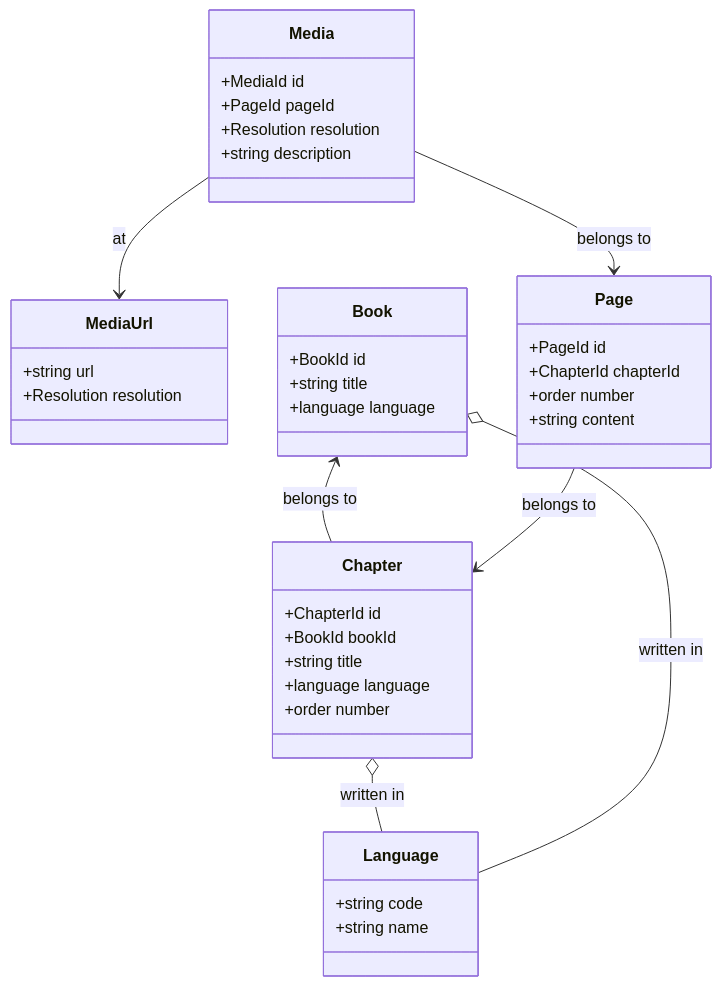
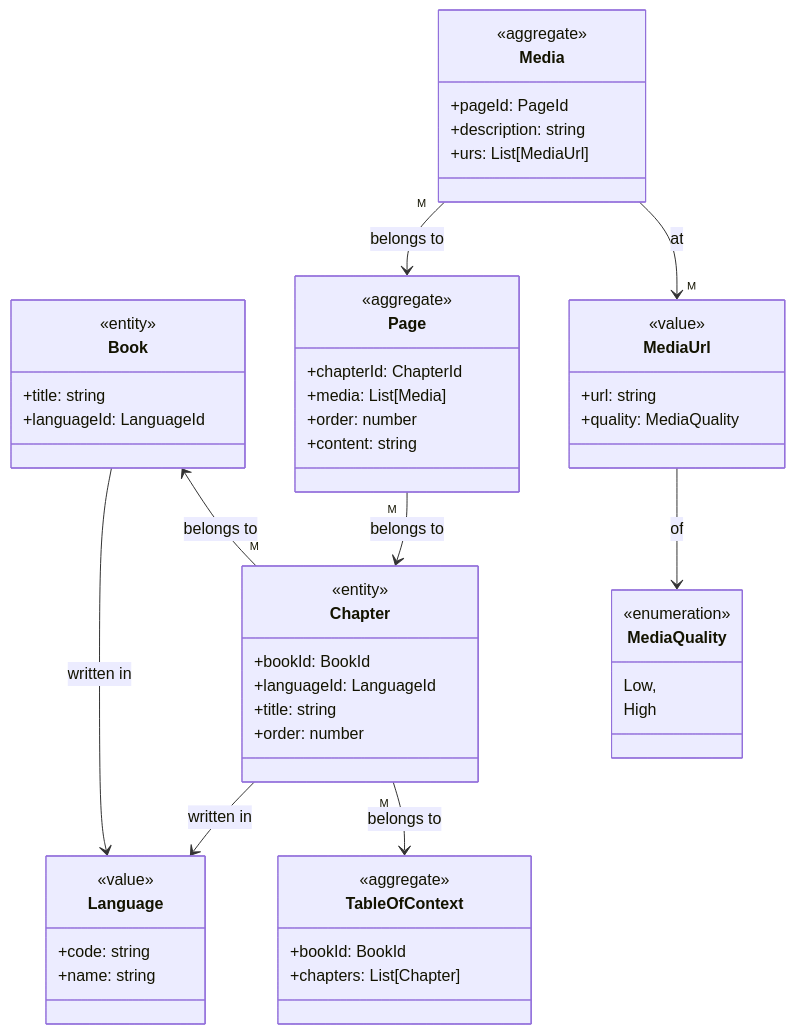
Before and after one commit to akdasa-studios/bcs-books: the diagram in docs/models.md, drawn with Mermaid.

Commit message:
docs: models
+ updated class diagram
+ added TableOfContext aggregate
+ added MediaQuality value

````diff
--- a/docs/models.md
+++ b/docs/models.md
@@ -3,48 +3,65 @@
 ```mermaid
 classDiagram
 
 class Language {
-    +string code
-    +string name
+    <<value>>
+    +code: string
+    +name: string
+}
+
+class Chapter {
+    <<entity>>
+    +bookId: BookId
+    +languageId: LanguageId
+    +title: string
+    +order: number
+}
+
+class Book {
+    <<entity>>
+    +title: string
+    +languageId: LanguageId
+}
+
+class Page {
+    <<aggregate>>
+    +chapterId: ChapterId
+    +media: List[Media]
+    +order: number
+    +content: string
+}
+
+class TableOfContext {
+    <<aggregate>>
+    +bookId: BookId
+    +chapters: List[Chapter]
 }
 
 class MediaUrl {
-    +string url
-    +Resolution resolution
-}
-
-class Chapter {
-    +ChapterId id
-    +BookId bookId
-    +string title
-    +language language
-    +order number
-}
-
-class Book {
-    +BookId id
-    +string title
-    +language language
-}
-
-class Page {
-    +PageId id
-    +ChapterId chapterId
-    +order number
-    +string content
+    <<value>>
+    +url: string
+    +quality: MediaQuality
 }
 
 class Media {
-    +MediaId id
-    +PageId pageId
-    +Resolution resolution
-    +string description
+    <<aggregate>>
+    +pageId: PageId
+    +description: string
+    +urs: List[MediaUrl]
 }
 
-Chapter o-- Language : written in
-Book o-- Language : written in
-Book <-- Chapter : belongs to
-Page --> Chapter : belongs to
-Media --> Page : belongs to
-Media --> MediaUrl : at
+class MediaQuality {
+    <<enumeration>>
+    Low,
+    High
+}
+
+Chapter --> Language : written in
+Chapter "M" --> TableOfContext : belongs to
+Book --> Language : written in
+Book <-- "M" Chapter : belongs to
+Page "M" --> Chapter : belongs to
+Media "M" --> Page : belongs to
+Media --> "M" MediaUrl : at
+MediaUrl --> MediaQuality : of
 ```
````
